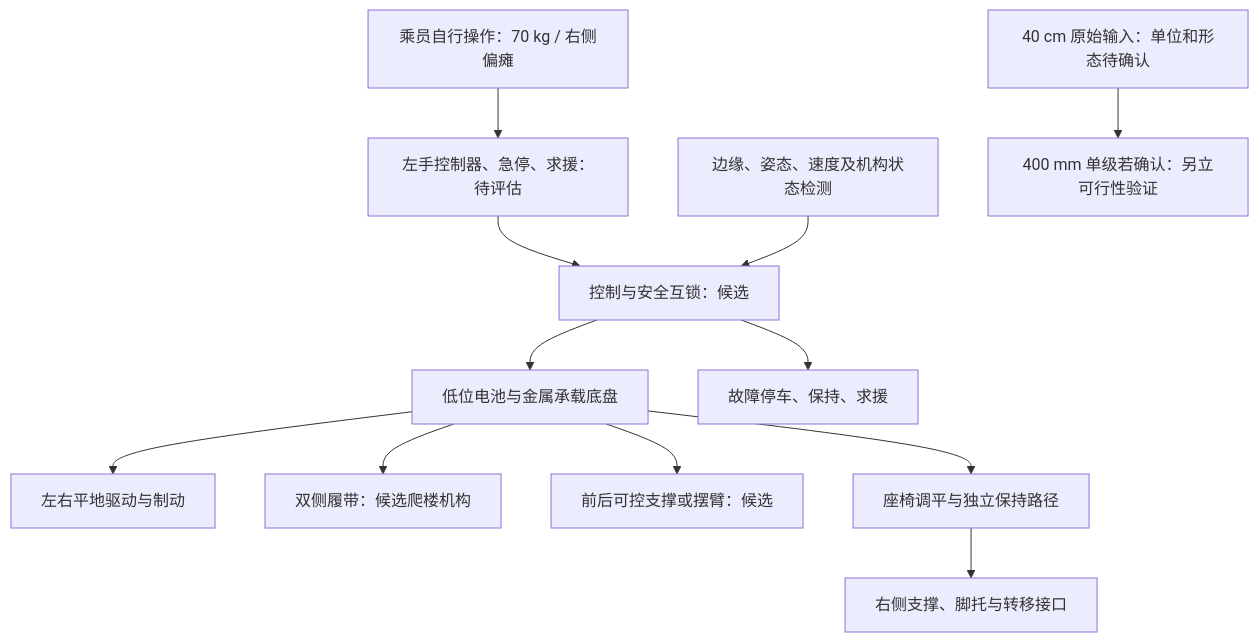
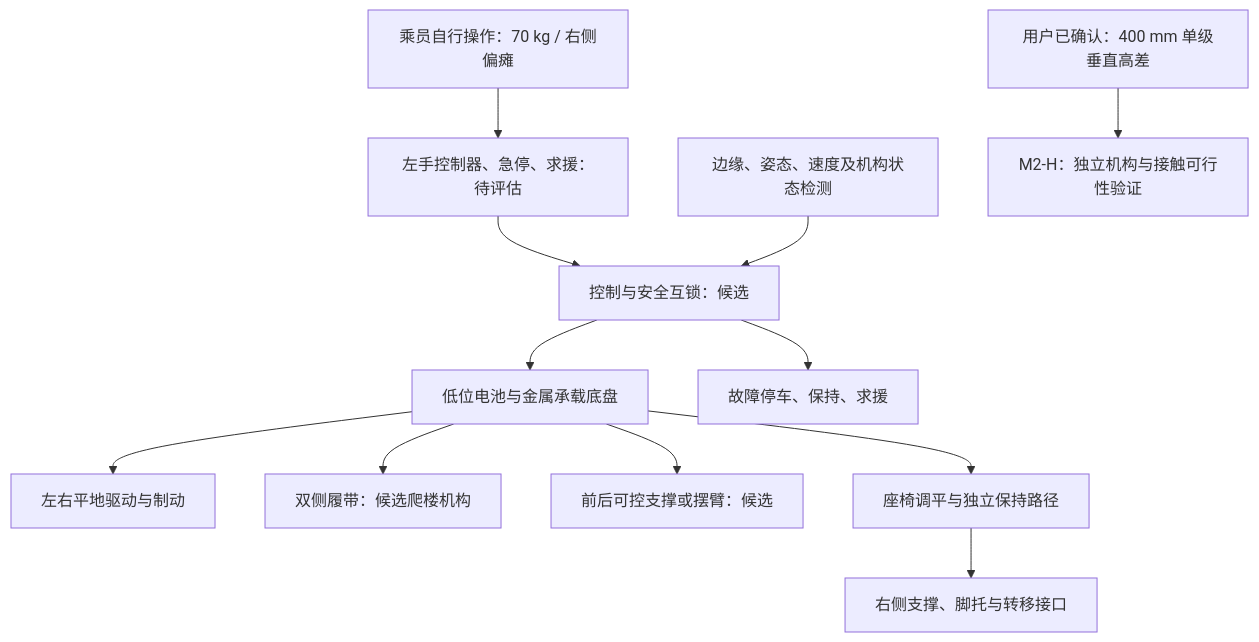
Before and after one commit to pan402945786/robolaoye: the diagram in docs/diagrams/architecture.mmd, drawn with Mermaid. The commit also changed 29 other files, not shown here.

```diff
--- a/docs/diagrams/architecture.mmd
+++ b/docs/diagrams/architecture.mmd
@@ -1,12 +1,12 @@
 flowchart TB
     U[乘员自行操作：70 kg / 右侧偏瘫] --> C[左手控制器、急停、求援：待评估]
     C --> S[控制与安全互锁：候选]
     P[边缘、姿态、速度及机构状态检测] --> S
     S --> D[低位电池与金属承载底盘]
     D --> W[左右平地驱动与制动]
     D --> T[双侧履带：候选爬楼机构]
     D --> A[前后可控支撑或摆臂：候选]
     D --> L[座椅调平与独立保持路径]
     L --> H[右侧支撑、脚托与转移接口]
     S --> F[故障停车、保持、求援]
-    Q[40 cm 原始输入：单位和形态待确认] --> R[400 mm 单级若确认：另立可行性验证]
+    Q[用户已确认：400 mm 单级垂直高差] --> R[M2-H：独立机构与接触可行性验证]
```
